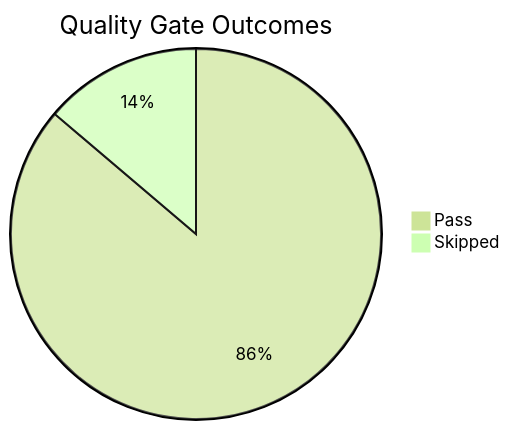
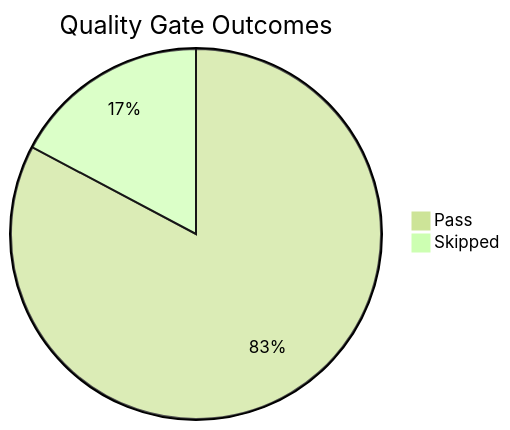
One commit to yeongseon/azure-app-service-practical-guide changed the diagram in docs/meta/golden-status.md. Above: the diagram before and after it, drawn with Mermaid (forest theme). The commit also changed other lines of this file and 151 other files, not shown here.

````diff
--- a/docs/meta/golden-status.md
+++ b/docs/meta/golden-status.md
@@ -42,5 +42,5 @@
 ```mermaid
 pie title Quality Gate Outcomes
-    "Pass" : 25
-    "Skipped" : 4
+    "Pass" : 24
+    "Skipped" : 5
 ```
````
